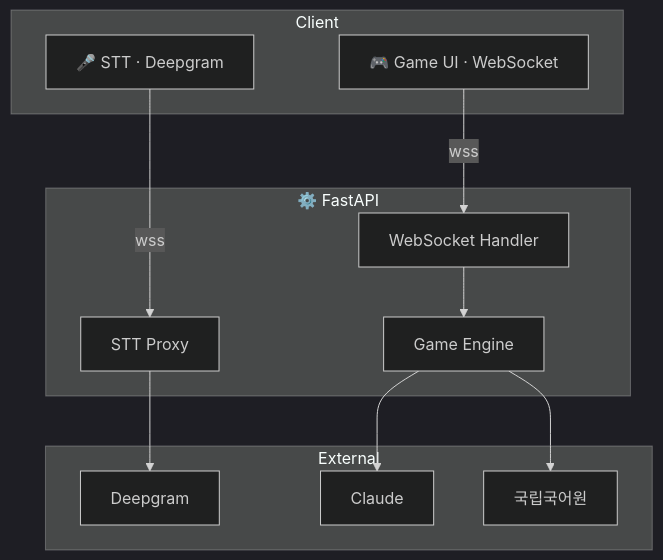
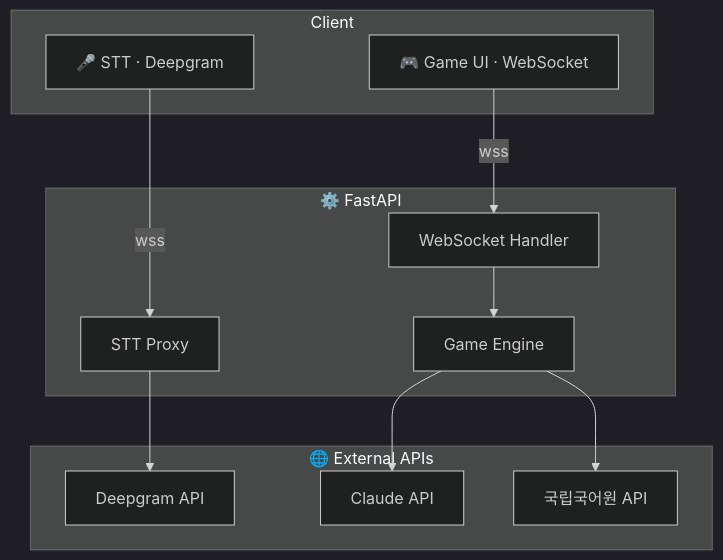
Before and after one commit to Technoetic/word-chain-game: the second of 7 diagrams in README.md, drawn with Mermaid (dark theme).

Commit message:
README: add API suffix to all External nodes

````diff
--- a/README.md
+++ b/README.md
@@ -43,26 +43,26 @@
 ```mermaid
 flowchart TB
     subgraph Client
         STT["🎤 STT · Deepgram"]
         UI["🎮 Game UI · WebSocket"]
     end
 
     subgraph Server["⚙️ FastAPI"]
         PROXY["STT Proxy"]
         WS["WebSocket Handler"]
         ENGINE["Game Engine"]
     end
 
-    subgraph External
-        DG["Deepgram"]
-        CL["Claude"]
-        KR["국립국어원"]
+    subgraph External["🌐 External APIs"]
+        DG["Deepgram API"]
+        CL["Claude API"]
+        KR["국립국어원 API"]
     end
 
     STT -->|wss| PROXY
     UI -->|wss| WS
     WS --> ENGINE
     PROXY --> DG
     ENGINE --> CL
     ENGINE --> KR
 ```
````
